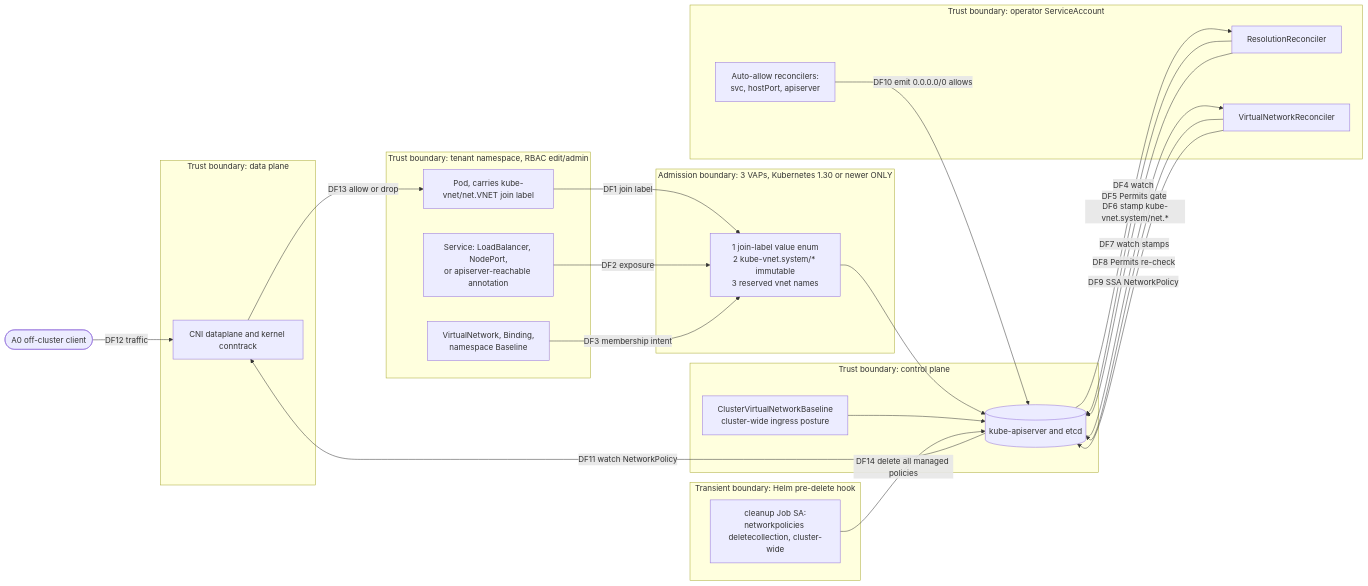
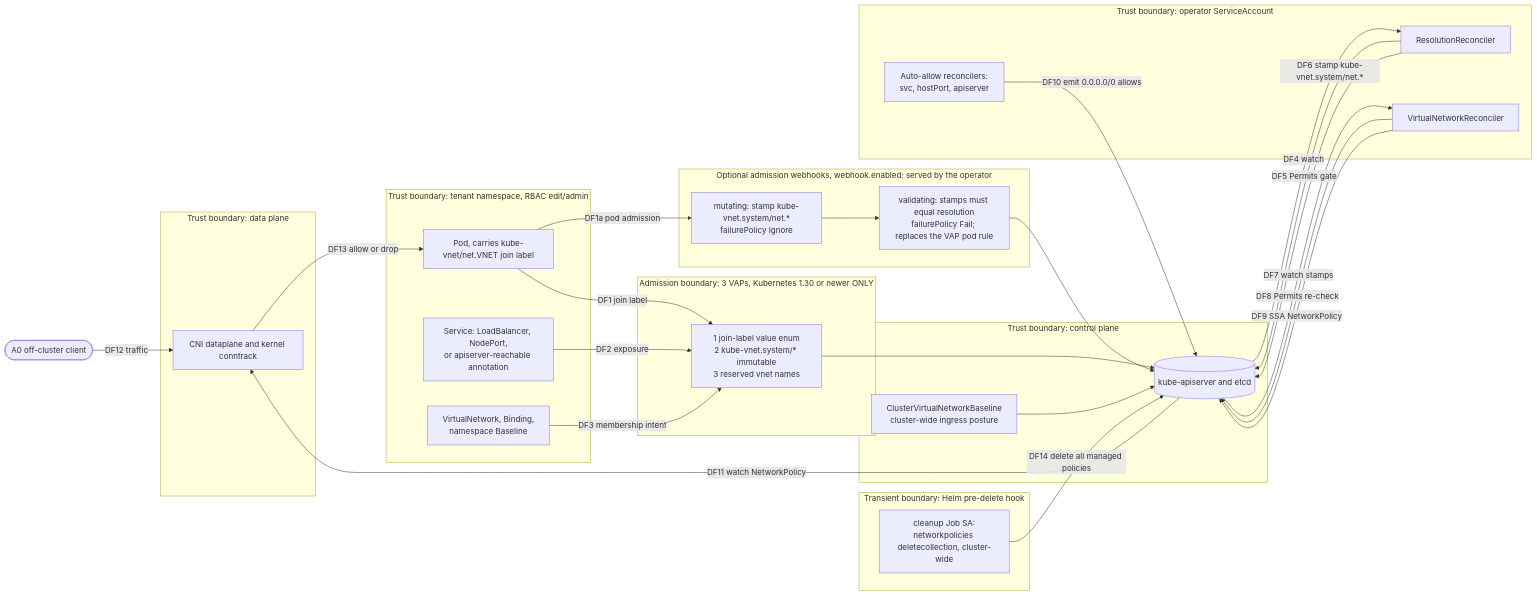
Before and after one commit to lhns/kube-vnet: the first of 2 diagrams in docs/security/threat-model.md, drawn with Mermaid. The commit also changed other lines of this file and 22 other files, not shown here.

````diff
--- a/docs/security/threat-model.md
+++ b/docs/security/threat-model.md
@@ -60,55 +61,63 @@
 ```mermaid
 flowchart LR
     ext(["A0 off-cluster client"])
 
     subgraph TENANT["Trust boundary: tenant namespace, RBAC edit/admin"]
         pod["Pod, carries kube-vnet/net.VNET join label"]
         svc["Service: LoadBalancer, NodePort,<br/>or apiserver-reachable annotation"]
         crs["VirtualNetwork, Binding,<br/>namespace Baseline"]
     end
 
     subgraph ADM["Admission boundary: 3 VAPs, Kubernetes 1.30 or newer ONLY"]
         vap["1 join-label value enum<br/>2 kube-vnet.system/* immutable<br/>3 reserved vnet names"]
+    end
+
+    subgraph WH["Optional admission webhooks, webhook.enabled: served by the operator"]
+        mwh["mutating: stamp kube-vnet.system/net.*<br/>failurePolicy Ignore"]
+        vwh["validating: stamps must equal resolution<br/>failurePolicy Fail; replaces the VAP pod rule"]
     end
 
     subgraph CP["Trust boundary: control plane"]
         api[("kube-apiserver and etcd")]
         cvnb["ClusterVirtualNetworkBaseline<br/>cluster-wide ingress posture"]
     end
 
     subgraph OP["Trust boundary: operator ServiceAccount"]
         res["ResolutionReconciler"]
         gen["VirtualNetworkReconciler"]
         auto["Auto-allow reconcilers:<br/>svc, hostPort, apiserver"]
     end
 
     subgraph DP["Trust boundary: data plane"]
         cni["CNI dataplane and kernel conntrack"]
     end
 
     subgraph HOOK["Transient boundary: Helm pre-delete hook"]
         job["cleanup Job SA:<br/>networkpolicies deletecollection, cluster-wide"]
     end
 
     pod -->|"DF1 join label"| vap
+    pod -->|"DF1a pod admission"| mwh
+    mwh --> vwh
+    vwh --> api
     svc -->|"DF2 exposure"| vap
     crs -->|"DF3 membership intent"| vap
     vap --> api
     cvnb --> api
 
     api -->|"DF4 watch"| res
     res -->|"DF5 Permits gate"| api
     res -->|"DF6 stamp kube-vnet.system/net.*"| api
 
     api -->|"DF7 watch stamps"| gen
     gen -->|"DF8 Permits re-check"| api
     gen -->|"DF9 SSA NetworkPolicy"| api
 
     auto -->|"DF10 emit 0.0.0.0/0 allows"| api
 
     api -->|"DF11 watch NetworkPolicy"| cni
     ext -->|"DF12 traffic"| cni
     cni -->|"DF13 allow or drop"| pod
 
     job -->|"DF14 delete all managed policies"| api
 ```
````
